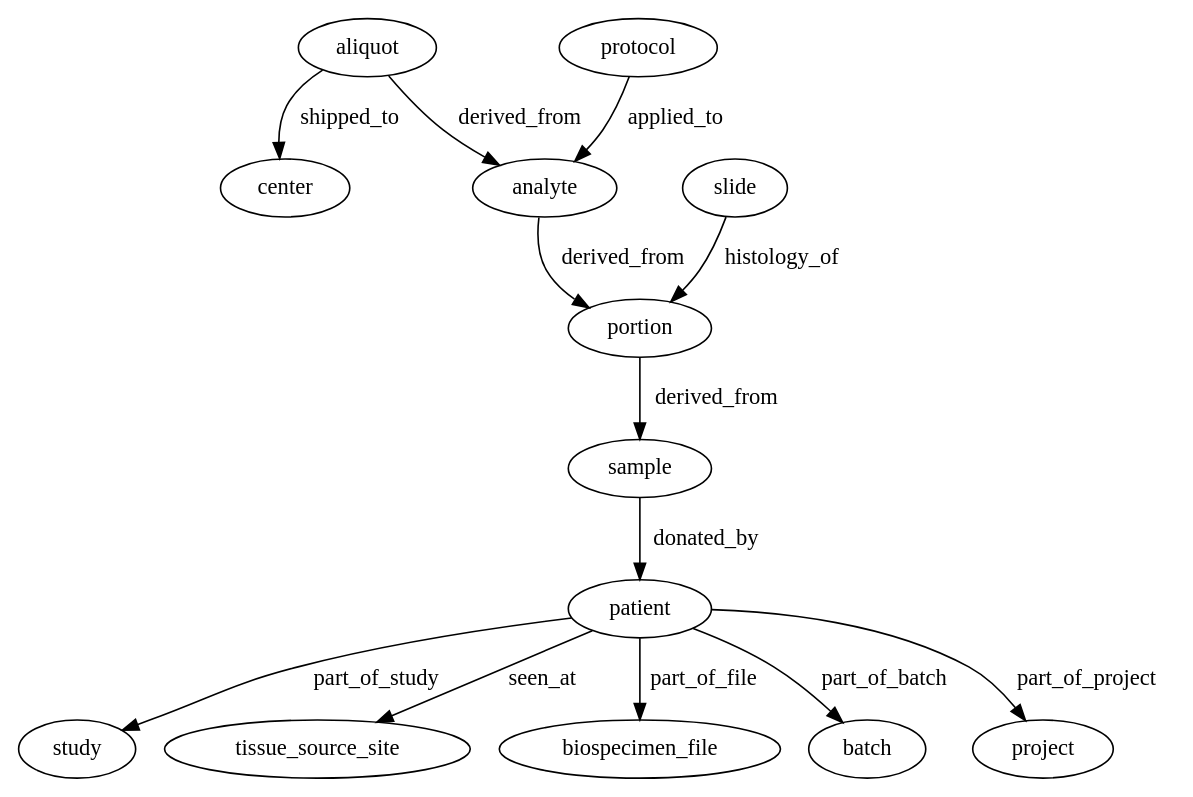
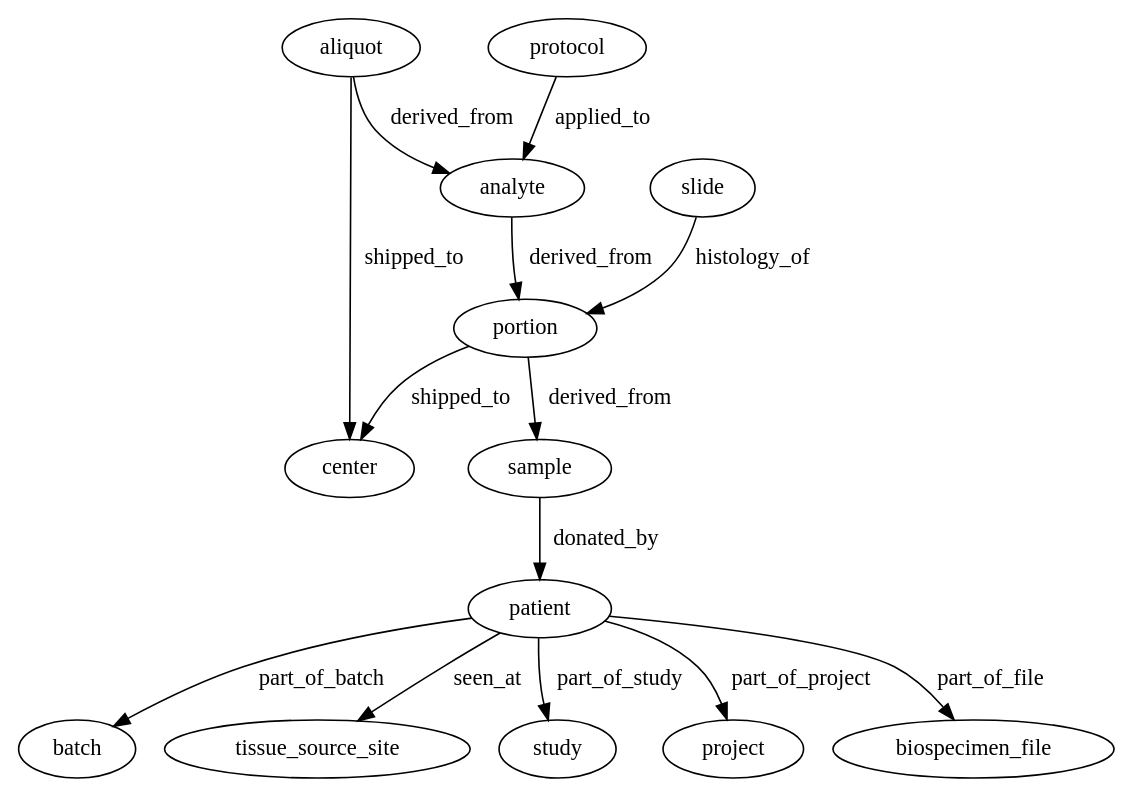
Before and after one commit to NCI-GDC/gdcdatamodel: the diagram in data_model/visualization/generated.gv, drawn with Graphviz. The commit also changed 6 other files, not shown here.

Commit message:
abstraced graph2neo conversion

```diff
--- a/data_model/visualization/generated.gv
+++ b/data_model/visualization/generated.gv
@@ -1,39 +1,42 @@
 // XML Generate Datamodel
 digraph {
+	aliquot
+	analyte
+		aliquot -> analyte [label=derived_from]
+	aliquot
+	center
+		aliquot -> center [label=shipped_to]
+	analyte
+	portion
+		analyte -> portion [label=derived_from]
 	sample
 	patient
 		sample -> patient [label=donated_by]
 	patient
-	study
-		patient -> study [label=part_of_study]
+	batch
+		patient -> batch [label=part_of_batch]
 	patient
 	tissue_source_site
 		patient -> tissue_source_site [label=seen_at]
 	patient
-	biospecimen_file
-		patient -> biospecimen_file [label=part_of_file]
-	patient
-	batch
-		patient -> batch [label=part_of_batch]
-	patient
-	project
-		patient -> project [label=part_of_project]
-	aliquot
-	center
-		aliquot -> center [label=shipped_to]
-	aliquot
-	analyte
-		aliquot -> analyte [label=derived_from]
-	analyte
-	portion
-		analyte -> portion [label=derived_from]
+	study
+		patient -> study [label=part_of_study]
 	portion
 	sample
 		portion -> sample [label=derived_from]
 	protocol
 	analyte
 		protocol -> analyte [label=applied_to]
+	patient
+	project
+		patient -> project [label=part_of_project]
+	patient
+	biospecimen_file
+		patient -> biospecimen_file [label=part_of_file]
 	slide
 	portion
 		slide -> portion [label=histology_of]
+	portion
+	center
+		portion -> center [label=shipped_to]
 }
```
